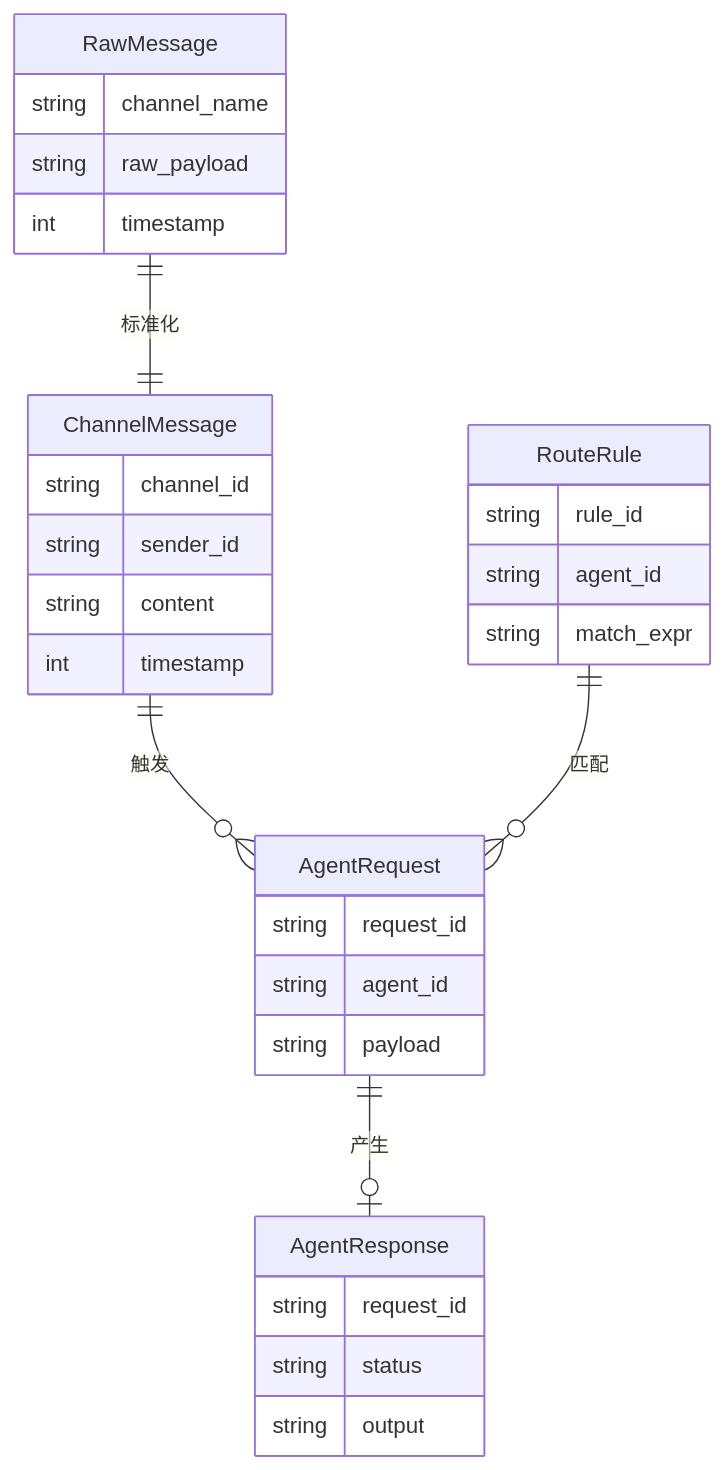
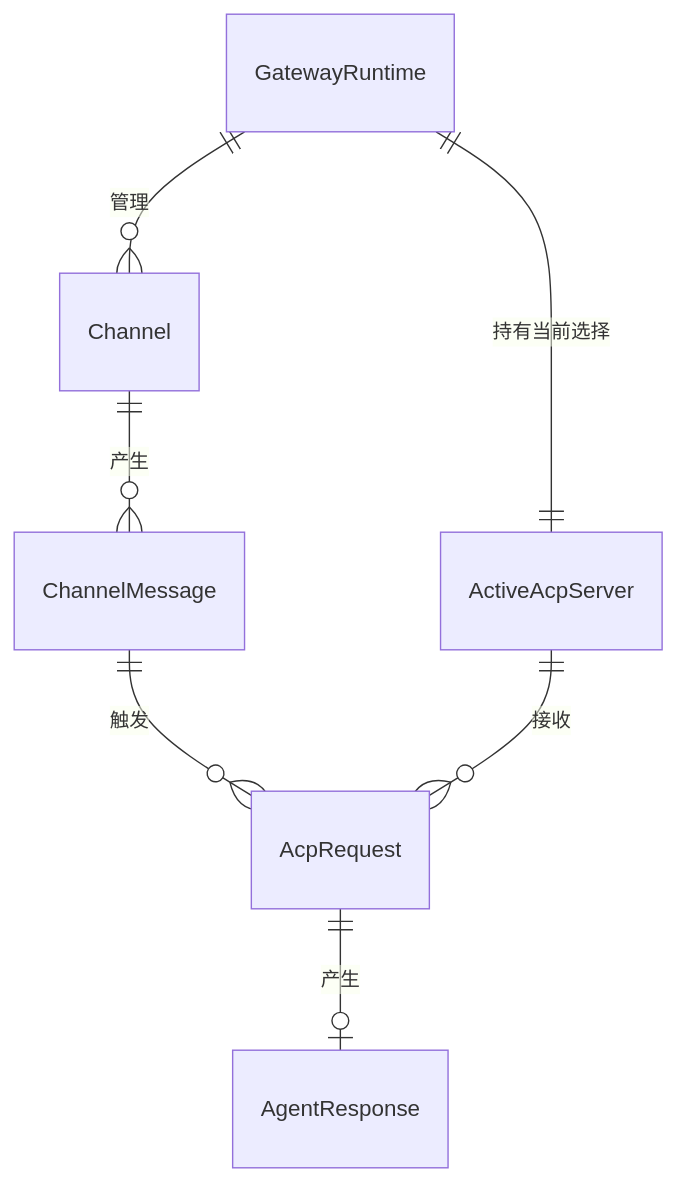
Before and after one commit to zhuxining/MindClaw: the first of 3 diagrams in docs/architecture/00-overview.md, drawn with Mermaid. The commit also changed other lines of this file and 8 other files, not shown here.

````diff
--- a/docs/architecture/00-overview.md
+++ b/docs/architecture/00-overview.md
@@ -131,33 +107,9 @@
 ```mermaid
 erDiagram
-    RawMessage ||--|| ChannelMessage : "标准化"
-    ChannelMessage ||--o{ AgentRequest : "触发"
-    AgentRequest ||--o| AgentResponse : "产生"
-    RouteRule ||--o{ AgentRequest : "匹配"
-    RawMessage {
-        string channel_name
-        string raw_payload
-        int timestamp
-    }
-    ChannelMessage {
-        string channel_id
-        string sender_id
-        string content
-        int timestamp
-    }
-    AgentRequest {
-        string request_id
-        string agent_id
-        string payload
-    }
-    AgentResponse {
-        string request_id
-        string status
-        string output
-    }
-    RouteRule {
-        string rule_id
-        string agent_id
-        string match_expr
-    }
+    GatewayRuntime ||--o{ Channel : "管理"
+    Channel ||--o{ ChannelMessage : "产生"
+    GatewayRuntime ||--|| ActiveAcpServer : "持有当前选择"
+    ChannelMessage ||--o{ AcpRequest : "触发"
+    ActiveAcpServer ||--o{ AcpRequest : "接收"
+    AcpRequest ||--o| AgentResponse : "产生"
 ```
````
